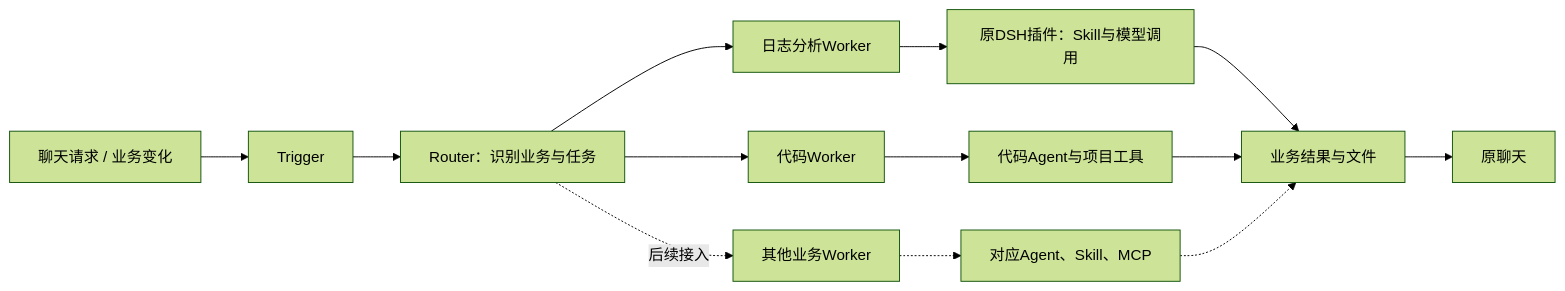
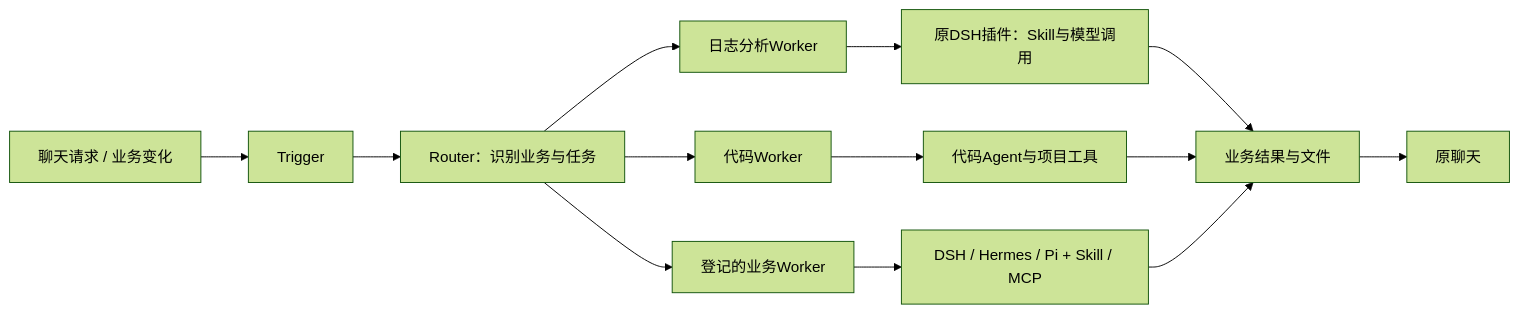
The first of 3 diagrams in README.md (walcracia/agent_bot_im), drawn with Mermaid (forest theme) before and after one commit. The commit also changed other lines of this file and 43 other files, not shown here.

Commit message:
feat: route business tasks across DSH Hermes and Pi workers

````diff
--- a/README.md
+++ b/README.md
@@ -21,15 +21,15 @@
 ```mermaid
 flowchart LR
   Input[聊天请求 / 业务变化] --> Trigger[Trigger]
   Trigger --> Router[Router：识别业务与任务]
   Router --> Log[日志分析Worker]
   Router --> Code[代码Worker]
-  Router -.后续接入.-> Other[其他业务Worker]
+  Router --> Other[登记的业务Worker]
   Log --> LogRecipe[原DSH插件：Skill与模型调用]
   Code --> CodeAgent[代码Agent与项目工具]
-  Other -.-> Capability[对应Agent、Skill、MCP]
+  Other --> Capability[DSH / Hermes / Pi + Skill / MCP]
   LogRecipe --> Result[业务结果与文件]
   CodeAgent --> Result
-  Capability -.-> Result
+  Capability --> Result
   Result --> Chat[原聊天]
 ```
````
